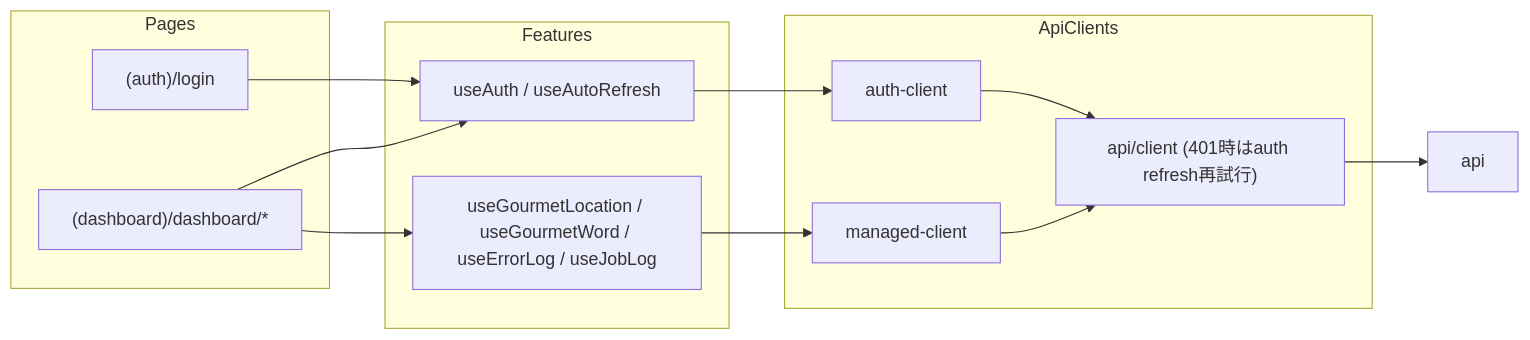
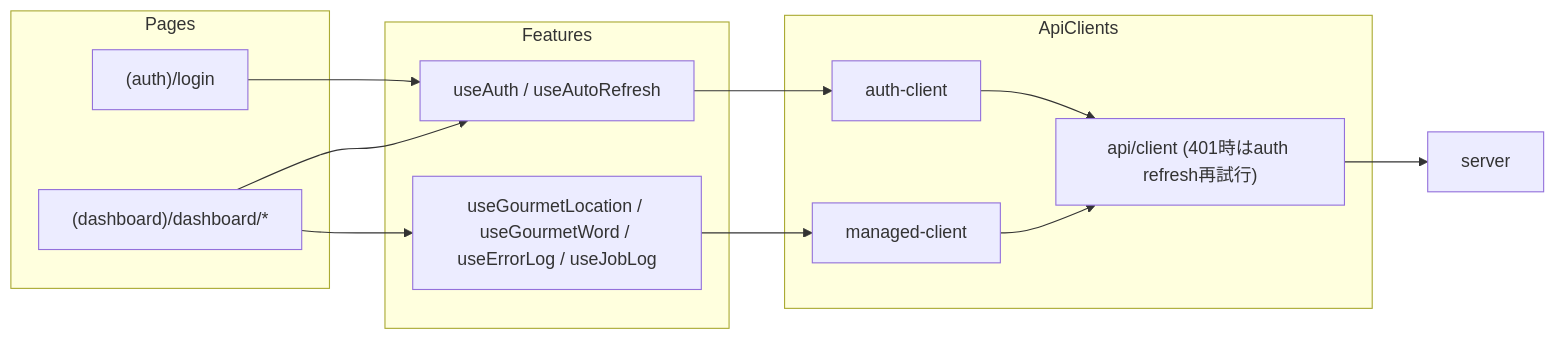
One commit to agts86/G-Searcher changed the third of 4 diagrams in Architect.md. Above: the diagram before and after it, drawn with Mermaid. The commit also changed other lines of this file and 174 other files, not shown here.

````diff
--- a/Architect.md
+++ b/Architect.md
@@ -91,27 +91,27 @@
 ```mermaid
 graph LR
     subgraph Pages
       Login["(auth)/login"]
       Dashboard["(dashboard)/dashboard/*"]
     end
 
     subgraph Features
       UseAuth["useAuth / useAutoRefresh"]
       UseLogs["useGourmetLocation / useGourmetWord / useErrorLog / useJobLog"]
     end
 
     subgraph ApiClients
       AuthClient["auth-client"]
       ManagedClient["managed-client"]
       Client["api/client (401時はauth refresh再試行)"]
     end
 
-    Api["api"]
+    Api["server"]
 
     Login --> UseAuth
     Dashboard --> UseAuth
     Dashboard --> UseLogs
     UseAuth --> AuthClient --> Client
     UseLogs --> ManagedClient --> Client
     Client --> Api
 ```
````
